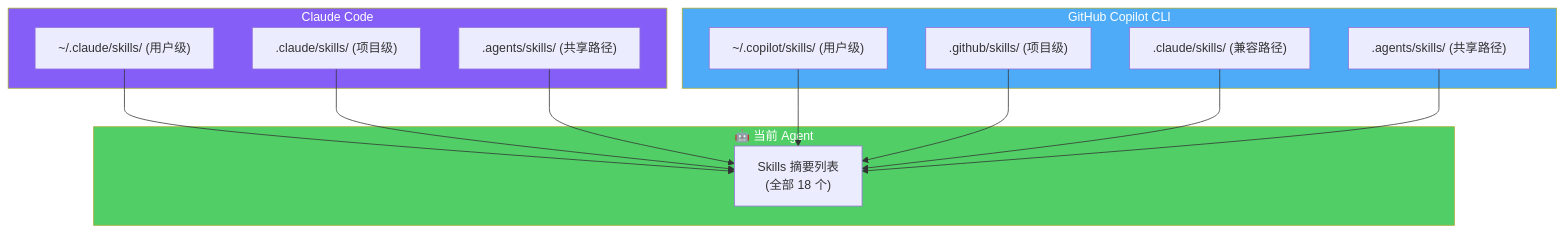
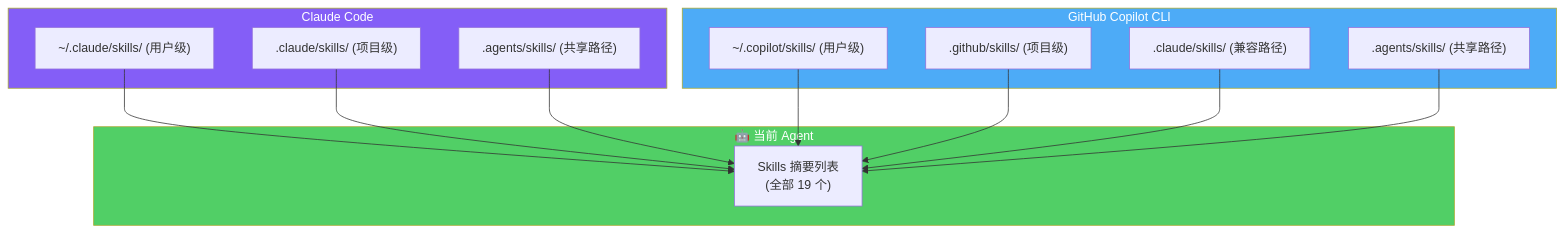
One commit to cintia09/CodeNook changed the second of 5 diagrams in docs/skills-mechanism.md. Above: the diagram before and after it, drawn with Mermaid. The commit also changed other lines of this file and 13 other files, not shown here.

````diff
--- a/docs/skills-mechanism.md
+++ b/docs/skills-mechanism.md
@@ -39,26 +39,26 @@
 ```mermaid
 flowchart TB
     subgraph CC["Claude Code"]
         CC1["~/.claude/skills/ (用户级)"]
         CC2[".claude/skills/ (项目级)"]
         CC3[".agents/skills/ (共享路径)"]
     end
 
     subgraph CP["GitHub Copilot CLI"]
         CP1["~/.copilot/skills/ (用户级)"]
         CP2[".github/skills/ (项目级)"]
         CP3[".claude/skills/ (兼容路径)"]
         CP4[".agents/skills/ (共享路径)"]
     end
 
     subgraph Agent["🤖 当前 Agent"]
-        A1["Skills 摘要列表<br/>(全部 18 个)"]
+        A1["Skills 摘要列表<br/>(全部 19 个)"]
     end
 
     CC1 & CC2 & CC3 --> A1
     CP1 & CP2 & CP3 & CP4 --> A1
 
     style CC fill:#845ef7,color:#fff
     style CP fill:#4dabf7,color:#fff
     style Agent fill:#51cf66,color:#fff
 ```
````
